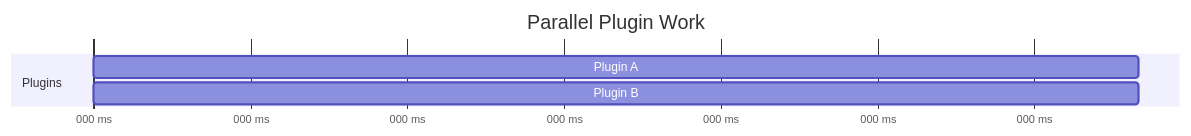
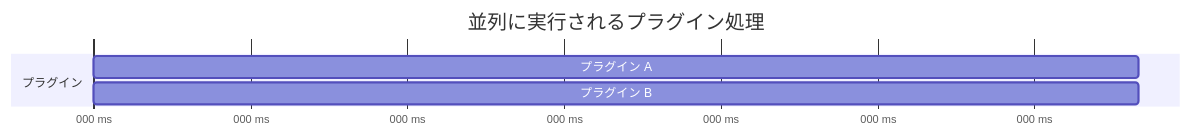
One commit to Rerurate514/riebeckite changed the fourth of 5 diagrams in docs/docs/framework/observability.ja.md. Above: the diagram before and after it, drawn with Mermaid. The commit also changed other lines of this file and 310 other files, not shown here.

````diff
--- a/docs/docs/framework/observability.ja.md
+++ b/docs/docs/framework/observability.ja.md
@@ -128,10 +128,10 @@
 ```mermaid
 gantt
-    title Parallel Plugin Work
+    title 並列に実行されるプラグイン処理
     dateFormat X
     axisFormat %L ms
 
-    section Plugins
-    Plugin A :a, 0, 100
-    Plugin B :b, 0, 100
+    section プラグイン
+    プラグイン A :a, 0, 100
+    プラグイン B :b, 0, 100
 ```
````
